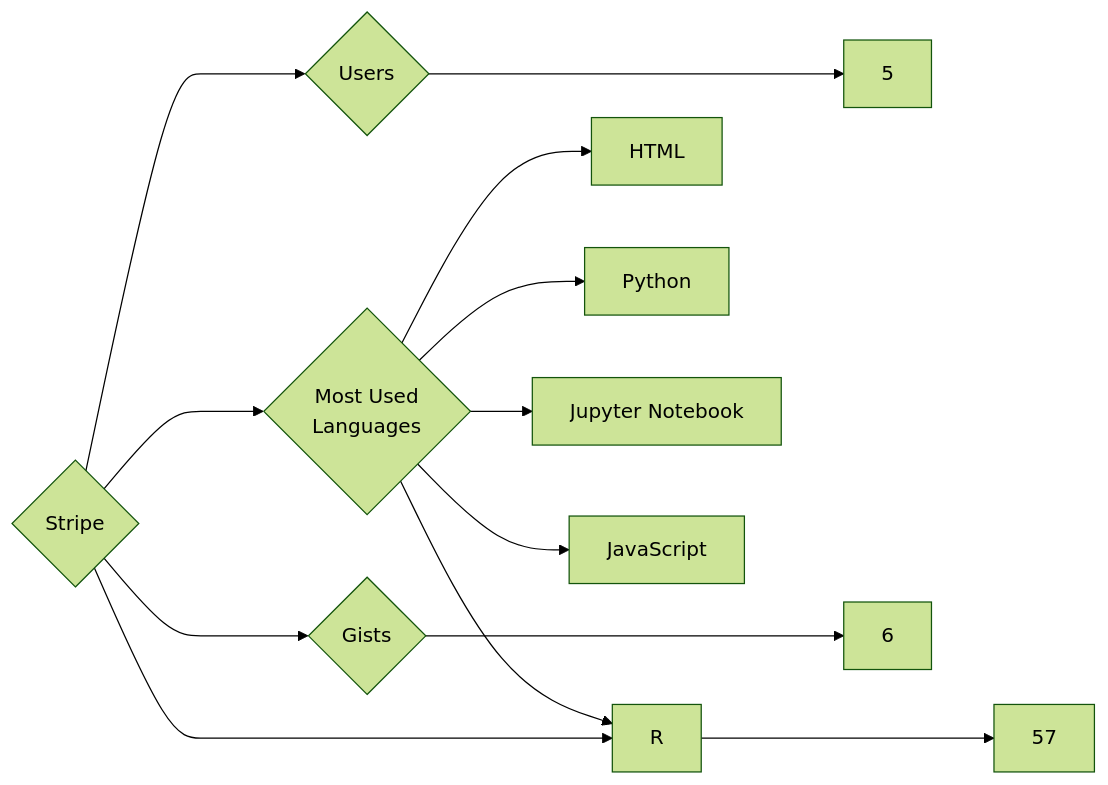
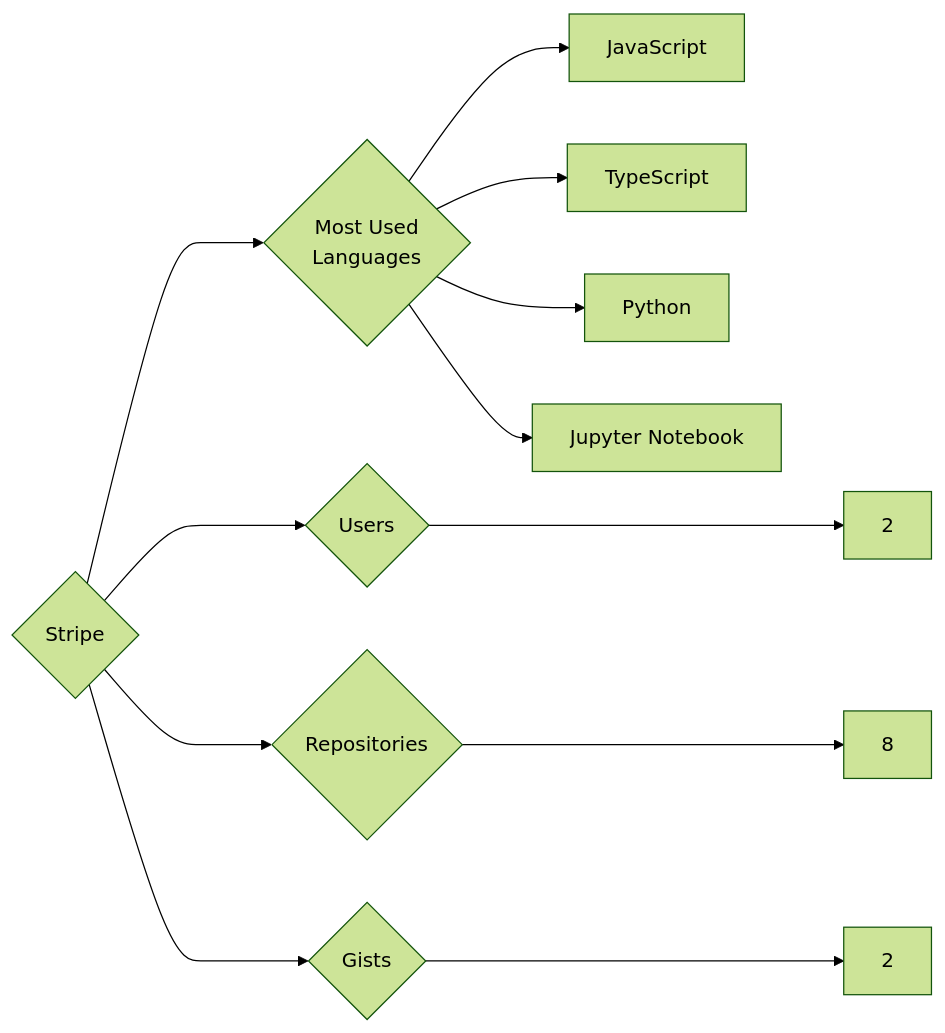
One commit to trickest/insiders changed the diagram in targets/Stripe/README.md. Above: the diagram before and after it, drawn with Mermaid (forest theme). The commit also changed 939 other files, not shown here.

````diff
--- a/targets/Stripe/README.md
+++ b/targets/Stripe/README.md
@@ -3,13 +3,12 @@
 ```mermaid
 graph LR
 COMPANY_NAME{Stripe}
-COMPANY_NAME ---> U{Users} ---> UN[5]
-COMPANY_NAME ---> R{Repositories} ---> RN[57]
-COMPANY_NAME ---> G{Gists} ---> GN[6]
+COMPANY_NAME ---> U{Users} ---> UN[2]
+COMPANY_NAME ---> R{Repositories} ---> RN[8]
+COMPANY_NAME ---> G{Gists} ---> GN[2]
 COMPANY_NAME ---> ML{Most Used<br>Languages}
-ML --> HTML[HTML]
+ML --> JavaScript[JavaScript]
+ML --> TypeScript[TypeScript]
 ML --> Python[Python]
-ML --> R[R]
 ML --> Jupyter_Notebook[Jupyter Notebook]
-ML --> JavaScript[JavaScript]
 ```
````
